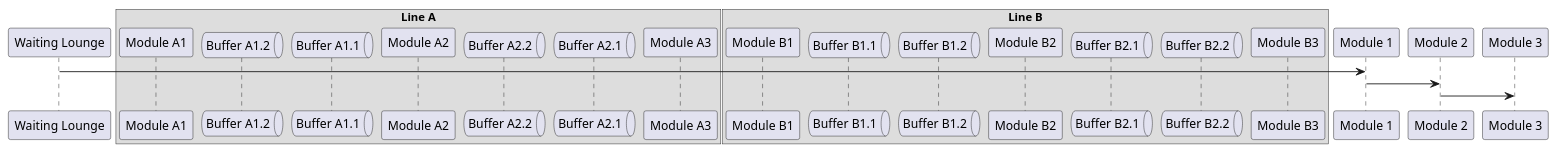
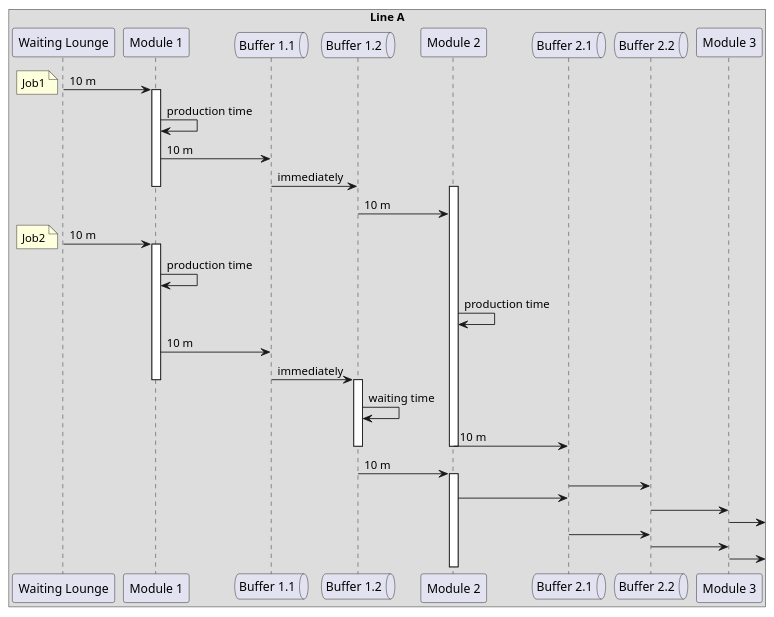
One commit to majimaken/hackathon_unit8 changed the diagram in diagram.puml. Above: the diagram before and after it, drawn with PlantUML. The commit also changed 7 other files, not shown here.

```diff
--- a/diagram.puml
+++ b/diagram.puml
@@ -1,28 +1,46 @@
-@startuml
-participant "Waiting Lounge" 
-
+@startuml  
 box "Line A"
-participant "Module A1"
-queue "Buffer A1.2"
-queue "Buffer A1.1"
-participant "Module A2"
-queue "Buffer A2.2"
-queue "Buffer A2.1"
-participant "Module A3"
+participant "Waiting Lounge"
+participant "Module 1"
+queue "Buffer 1.1"
+queue "Buffer 1.2"
+participant "Module 2"
+queue "Buffer 2.1"
+queue "Buffer 2.2"
+participant "Module 3"
 end box
 
-box "Line B"
-participant "Module B1"
-queue "Buffer B1.1"
-queue "Buffer B1.2"
-participant "Module B2"
-queue "Buffer B2.1"
-queue "Buffer B2.2"
-participant "Module B3"
-end box
+"Waiting Lounge" -> "Module 1": 10 m 
+activate "Module 1"
+note left: Job1
+"Module 1" -> "Module 1": production time
+"Module 1" -> "Buffer 1.1": 10 m
+"Buffer 1.1" -> "Buffer 1.2": immediately
+deactivate "Module 1"
+activate "Module 2"
+"Buffer 1.2" -> "Module 2" : 10 m
 
-"Waiting Lounge" -> "Module 1"
-"Module 1" -> "Module 2"
-"Module 2" -> "Module 3"
+"Waiting Lounge" -> "Module 1": 10 m 
+activate "Module 1"
+note left: Job2
+"Module 1" -> "Module 1": production time
+"Module 2" -> "Module 2": production time
+"Module 1" -> "Buffer 1.1": 10 m 
+"Buffer 1.1" -> "Buffer 1.2": immediately
+deactivate "Module 1"
+activate "Buffer 1.2"
+"Buffer 1.2" -> "Buffer 1.2": waiting time 
+"Module 2" -> "Buffer 2.1": 10 m
+deactivate "Buffer 1.2"
+deactivate "Module 2"
+"Buffer 1.2" -> "Module 2": 10 m
+activate "Module 2"
+"Buffer 2.1" -> "Buffer 2.2"
+"Module 2" -> "Buffer 2.1"
 
+"Buffer 2.2" -> "Module 3"
+"Module 3" -> 
+"Buffer 2.1" -> "Buffer 2.2"
+"Buffer 2.2" -> "Module 3"
+"Module 3" -> 
 @enduml
```
